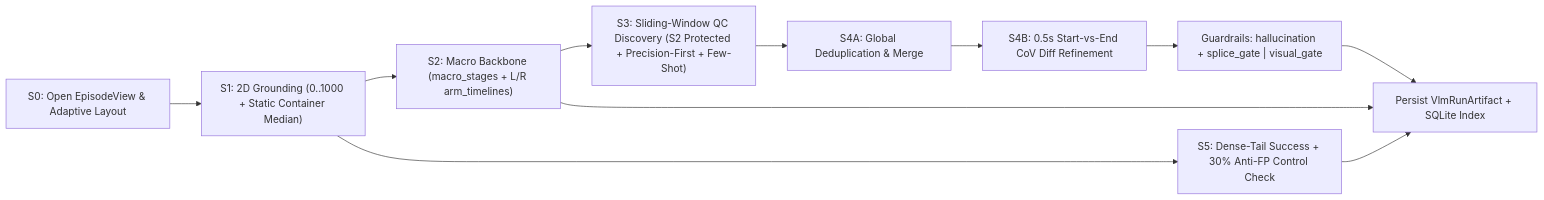
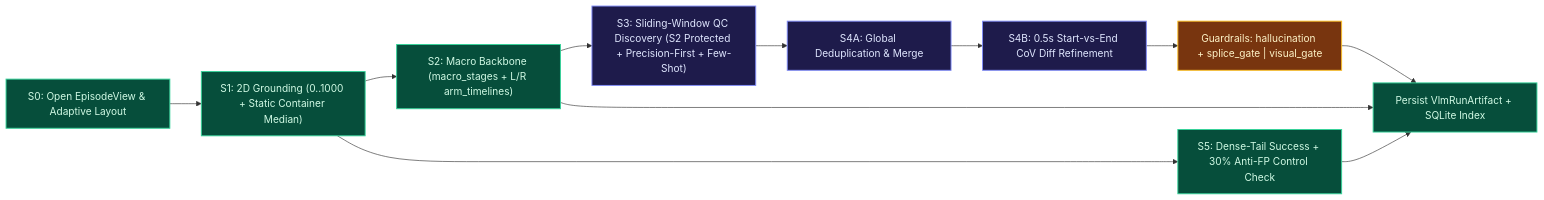
One commit to LVultimatefun/DDBR changed the second of 3 diagrams in docs/architecture.md. Above: the diagram before and after it, drawn with Mermaid. The commit also changed other lines of this file and 14 other files, not shown here.

Commit message:
docs: add visual architecture SVGs, open-source ALOHA HUD demos, and Web Studio showcase

````diff
--- a/docs/architecture.md
+++ b/docs/architecture.md
@@ -83,11 +106,15 @@
 ```mermaid
 flowchart LR
-    S0["S0: Open EpisodeView & Adaptive Layout"] --> S1["S1: 2D Grounding (0..1000 + Static Container Median)"]
-    S1 --> S2["S2: Macro Backbone (macro_stages + L/R arm_timelines)"]
-    S1 --> S5["S5: Dense-Tail Success + 30% Anti-FP Control Check"]
-    S2 --> S3["S3: Sliding-Window QC Discovery (S2 Protected + Precision-First + Few-Shot)"]
-    S3 --> S4A["S4A: Global Deduplication & Merge"]
-    S4A --> S4B["S4B: 0.5s Start-vs-End CoV Diff Refinement"]
-    S4B --> GRD["Guardrails: hallucination + splice_gate | visual_gate"]
-    S2 & S5 & GRD --> OUT["Persist VlmRunArtifact + SQLite Index"]
+    classDef cached fill:#064e3b,stroke:#34d399,stroke-width:1.5px,color:#d1fae5
+    classDef iter fill:#1e1b4b,stroke:#818cf8,stroke-width:1.5px,color:#e0e7ff
+    classDef guard fill:#78350f,stroke:#fbbf24,stroke-width:1.5px,color:#fef3c7
+
+    S0["S0: Open EpisodeView & Adaptive Layout"]:::cached --> S1["S1: 2D Grounding (0..1000 + Static Container Median)"]:::cached
+    S1 --> S2["S2: Macro Backbone (macro_stages + L/R arm_timelines)"]:::cached
+    S1 --> S5["S5: Dense-Tail Success + 30% Anti-FP Control Check"]:::cached
+    S2 --> S3["S3: Sliding-Window QC Discovery (S2 Protected + Precision-First + Few-Shot)"]:::iter
+    S3 --> S4A["S4A: Global Deduplication & Merge"]:::iter
+    S4A --> S4B["S4B: 0.5s Start-vs-End CoV Diff Refinement"]:::iter
+    S4B --> GRD["Guardrails: hallucination + splice_gate | visual_gate"]:::guard
+    S2 & S5 & GRD --> OUT["Persist VlmRunArtifact + SQLite Index"]:::cached
 ```
````
